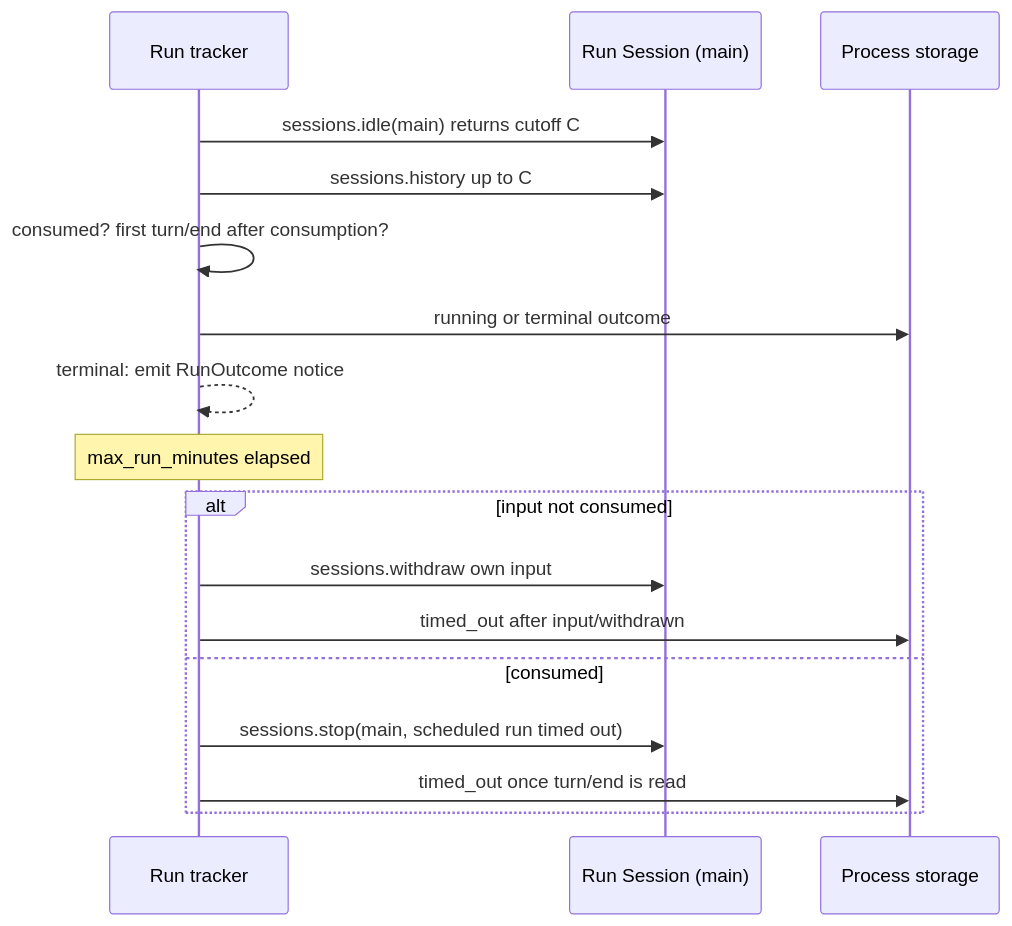
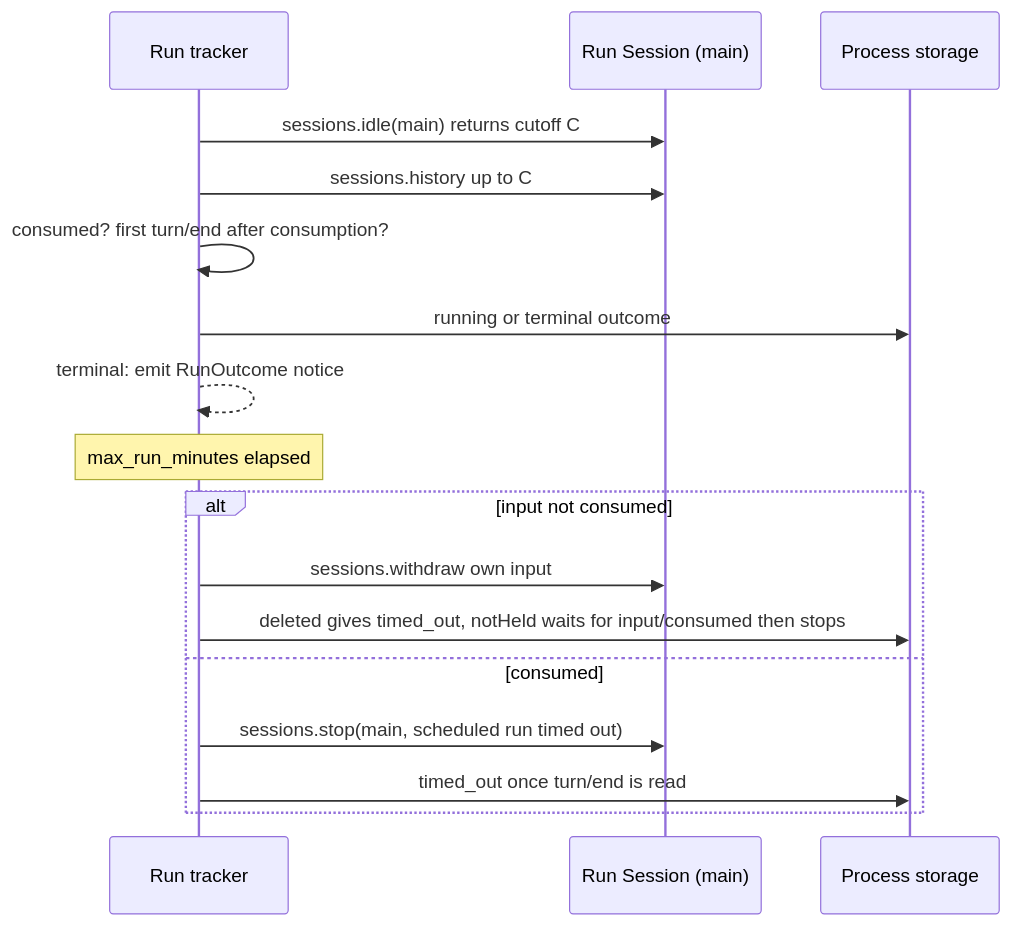
Before and after one commit to CoutinhoTTS/dim-agent: the fourth of 6 diagrams in docs/design/plugins/Scheduler.md, drawn with Mermaid. The commit also changed other lines of this file and 18 other files, not shown here.

````diff
--- a/docs/design/plugins/Scheduler.md
+++ b/docs/design/plugins/Scheduler.md
@@ -105,19 +105,19 @@
 ```mermaid
 sequenceDiagram
   participant R as Run tracker
   participant S as Run Session (main)
   participant ST as Process storage
   R->>S: sessions.idle(main) returns cutoff C
   R->>S: sessions.history up to C
   R->>R: consumed? first turn/end after consumption?
   R->>ST: running or terminal outcome
   R-->>R: terminal: emit RunOutcome notice
   Note over R: max_run_minutes elapsed
   alt input not consumed
     R->>S: sessions.withdraw own input
-    R->>ST: timed_out after input/withdrawn
+    R->>ST: deleted gives timed_out, notHeld waits for input/consumed then stops
   else consumed
     R->>S: sessions.stop(main, scheduled run timed out)
     R->>ST: timed_out once turn/end is read
   end
 ```
````
